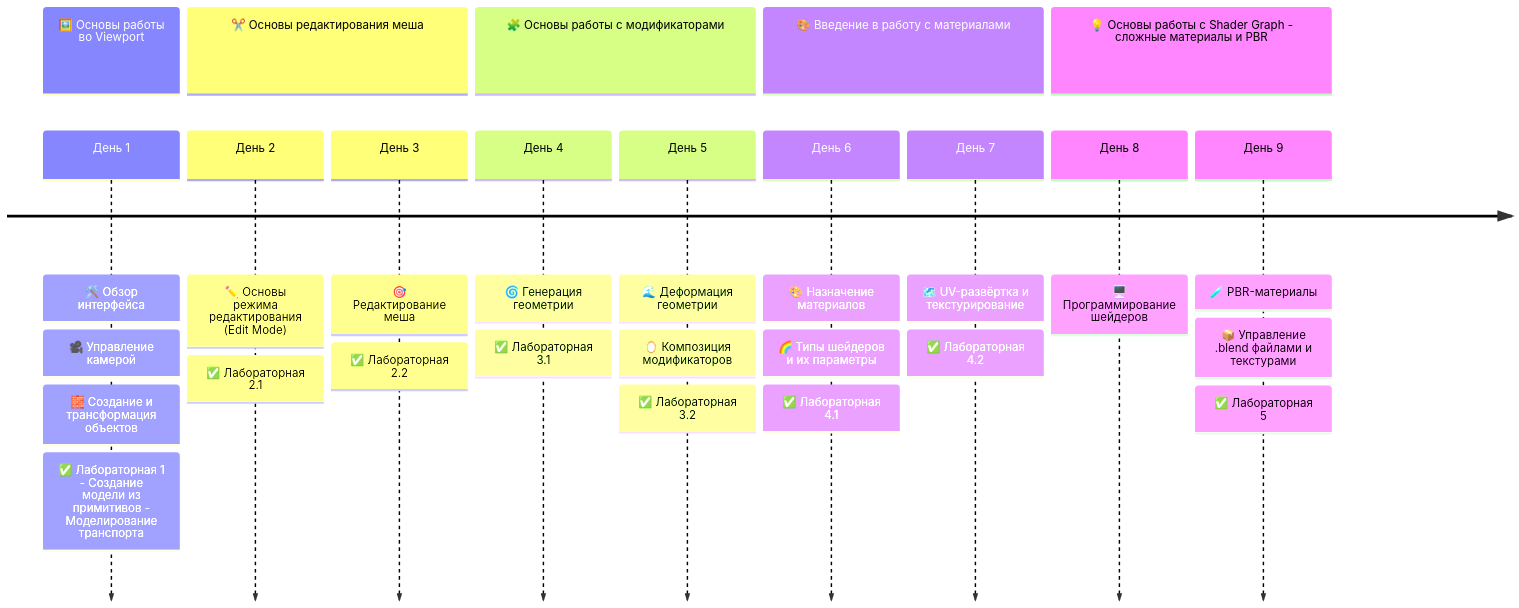
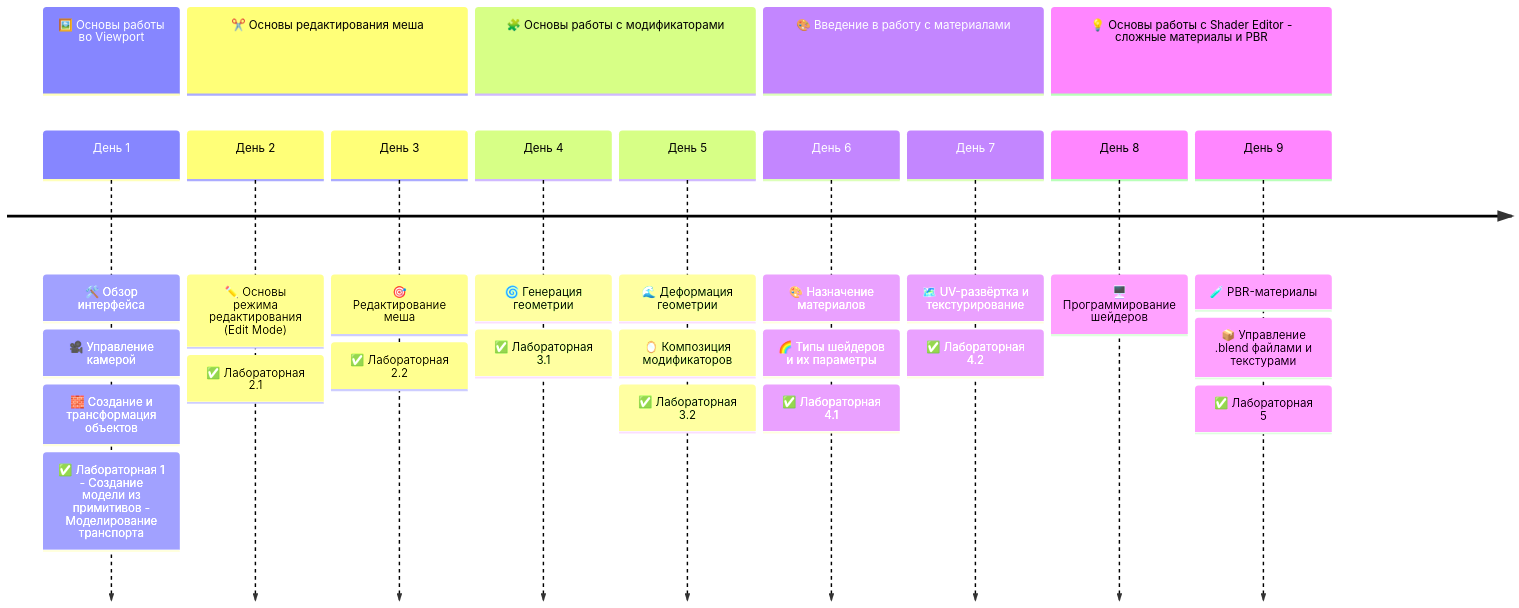
One commit to mvodya/3d-course-blender-2025 changed the first of 2 diagrams in README.md. Above: the diagram before and after it, drawn with Mermaid. The commit also changed other lines of this file, not shown here.

````diff
--- a/README.md
+++ b/README.md
@@ -65,26 +65,26 @@
 ```mermaid
 timeline
     section 🖼️ Основы работы во Viewport
         День 1 :
             🛠️ Обзор интерфейса : 🎥 Управление камерой : 🧱 Создание и трансформация объектов :
             ✅ Лабораторная 1 - Создание модели из примитивов - Моделирование транспорта
     section ✂️ Основы редактирования меша
         День 2 : ✏️ Основы режима редактирования (Edit Mode) :
             ✅ Лабораторная 2.1
         День 3 : 🎯 Редактирование меша :
             ✅ Лабораторная 2.2
     section 🧩 Основы работы с модификаторами
         День 4 : 🌀 Генерация геометрии :
             ✅ Лабораторная 3.1
         День 5 : 🌊 Деформация геометрии : 🪞 Композиция модификаторов :
             ✅ Лабораторная 3.2
     section 🎨 Введение в работу с материалами
         День 6 : 🎨 Назначение материалов : 🌈 Типы шейдеров и их параметры :
             ✅ Лабораторная 4.1
         День 7 : 🗺️ UV-развёртка и текстурирование :
             ✅ Лабораторная 4.2
-    section 💡 Основы работы с Shader Graph - сложные материалы и PBR
+    section 💡 Основы работы с Shader Editor - сложные материалы и PBR
         День 8 : 🖥️ Программирование шейдеров
         День 9 : 🧪 PBR-материалы : 📦 Управление .blend файлами и текстурами :
             ✅ Лабораторная 5
 ```
````
